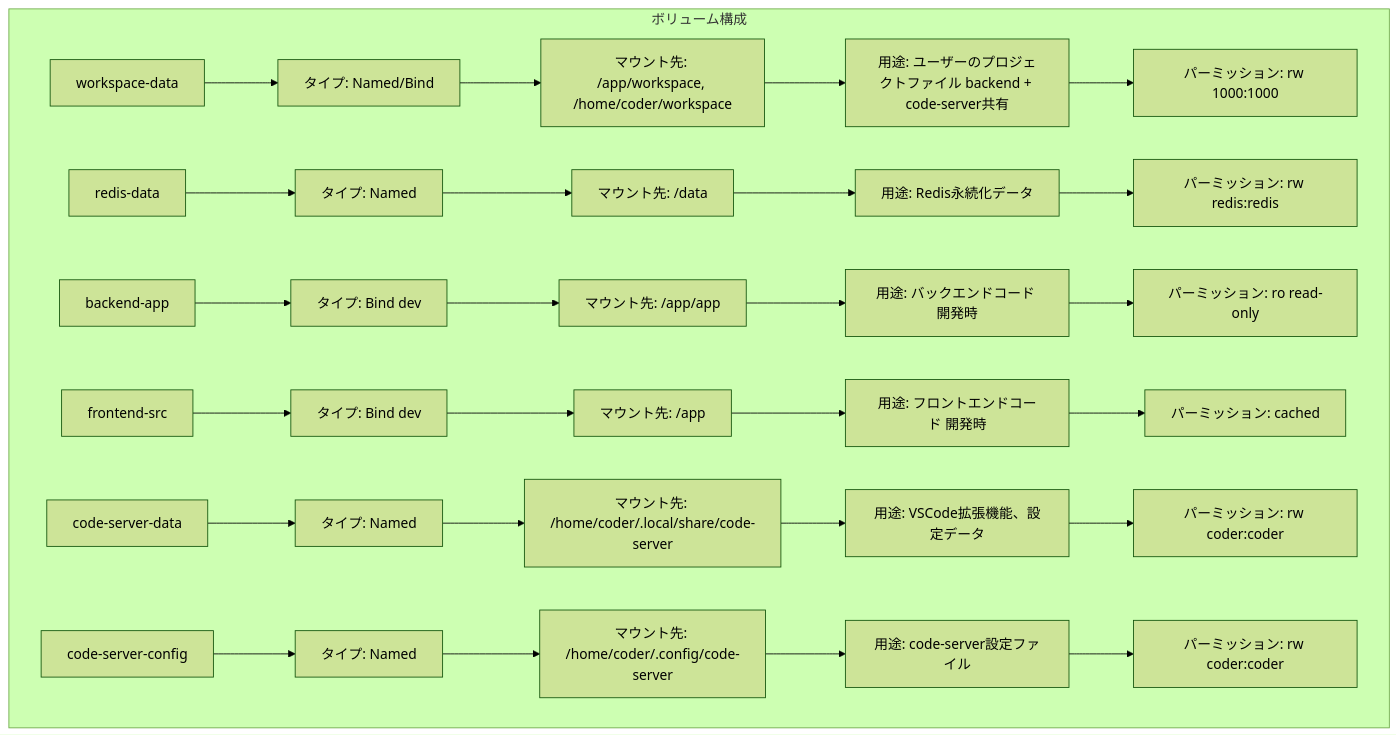
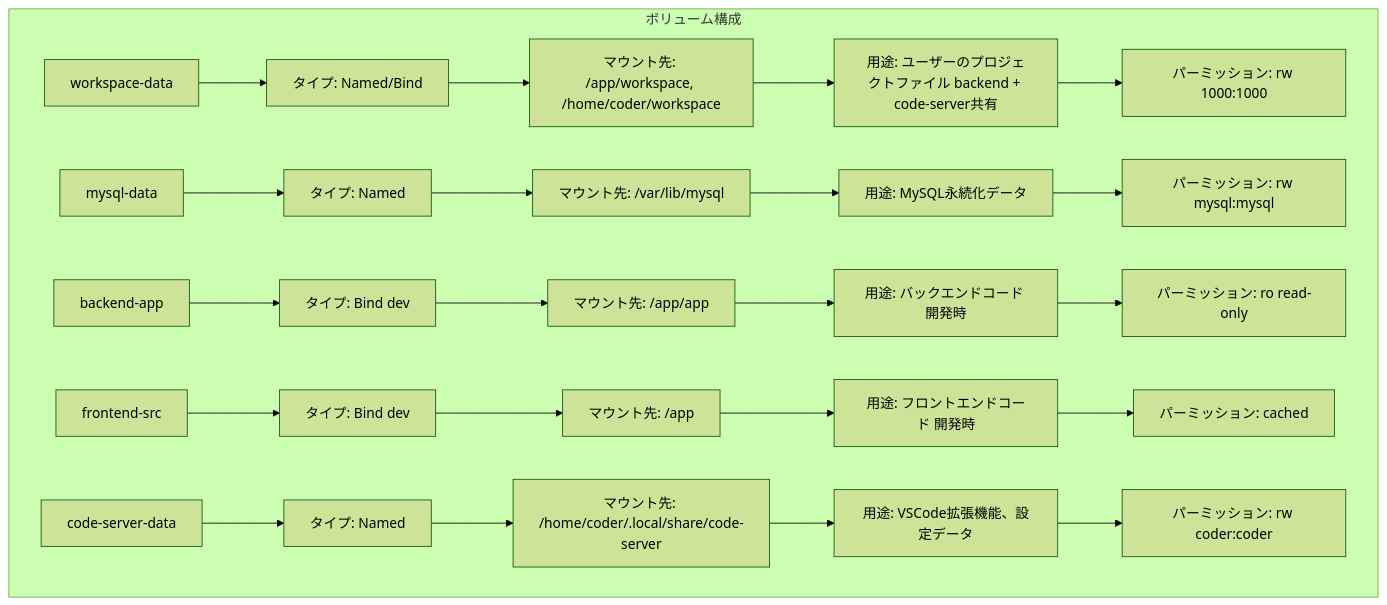
The fourth of 9 diagrams in doc/docker-design.md (thirai-classlab/Claude-Code-Cloud), drawn with Mermaid (forest theme) before and after one commit. The commit also changed other lines of this file and 18 other files, not shown here.

````diff
--- a/doc/docker-design.md
+++ b/doc/docker-design.md
@@ -920,34 +972,29 @@
 ```mermaid
 flowchart TD
     subgraph ボリューム構成
         V1[workspace-data] --> V1_T[タイプ: Named/Bind]
         V1_T --> V1_M[マウント先: /app/workspace, /home/coder/workspace]
         V1_M --> V1_U[用途: ユーザーのプロジェクトファイル backend + code-server共有]
         V1_U --> V1_P[パーミッション: rw 1000:1000]
 
-        V2[redis-data] --> V2_T[タイプ: Named]
-        V2_T --> V2_M[マウント先: /data]
-        V2_M --> V2_U[用途: Redis永続化データ]
-        V2_U --> V2_P[パーミッション: rw redis:redis]
+        V2[mysql-data] --> V2_T[タイプ: Named]
+        V2_T --> V2_M[マウント先: /var/lib/mysql]
+        V2_M --> V2_U[用途: MySQL永続化データ]
+        V2_U --> V2_P[パーミッション: rw mysql:mysql]
 
         V3[backend-app] --> V3_T[タイプ: Bind dev]
         V3_T --> V3_M[マウント先: /app/app]
         V3_M --> V3_U[用途: バックエンドコード 開発時]
         V3_U --> V3_P[パーミッション: ro read-only]
 
         V4[frontend-src] --> V4_T[タイプ: Bind dev]
         V4_T --> V4_M[マウント先: /app]
         V4_M --> V4_U[用途: フロントエンドコード 開発時]
         V4_U --> V4_P[パーミッション: cached]
 
         V5[code-server-data] --> V5_T[タイプ: Named]
         V5_T --> V5_M[マウント先: /home/coder/.local/share/code-server]
         V5_M --> V5_U[用途: VSCode拡張機能、設定データ]
         V5_U --> V5_P[パーミッション: rw coder:coder]
-
-        V6[code-server-config] --> V6_T[タイプ: Named]
-        V6_T --> V6_M[マウント先: /home/coder/.config/code-server]
-        V6_M --> V6_U[用途: code-server設定ファイル]
-        V6_U --> V6_P[パーミッション: rw coder:coder]
     end
 ```
````
